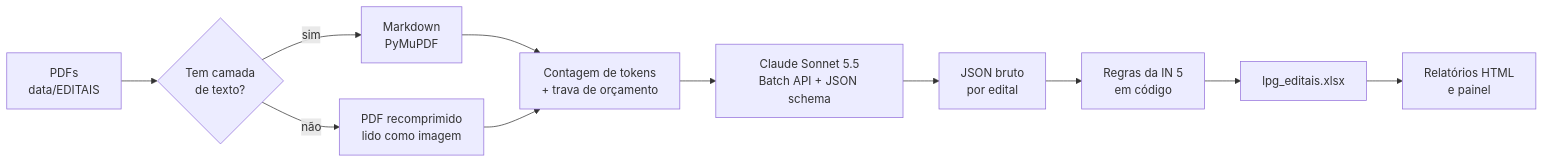
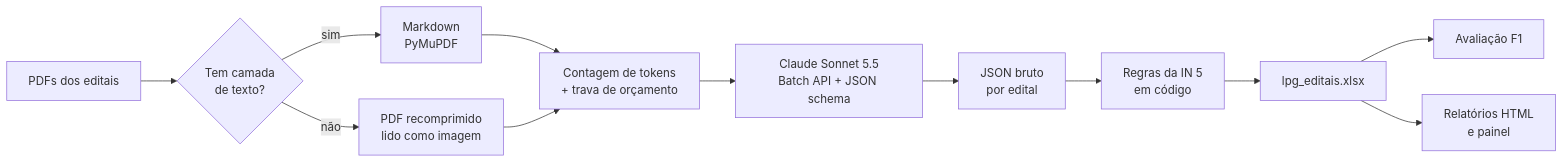
One commit to SGE-Subsecretaria-de-Gestao-Estrategica/acoes-afirmativas-lpg-editais changed the first of 4 diagrams in README.md. Above: the diagram before and after it, drawn with Mermaid. The commit also changed other lines of this file and 14 other files, not shown here.

````diff
--- a/README.md
+++ b/README.md
@@ -18,13 +65,14 @@
 ```mermaid
 flowchart LR
-    A[PDFs<br>data/EDITAIS] --> B{Tem camada<br>de texto?}
+    A[PDFs dos editais] --> B{Tem camada<br>de texto?}
     B -- sim --> C[Markdown<br>PyMuPDF]
     B -- não --> D[PDF recomprimido<br>lido como imagem]
     C --> E[Contagem de tokens<br>+ trava de orçamento]
     D --> E
     E --> F[Claude Sonnet 5.5<br>Batch API + JSON schema]
     F --> G[JSON bruto<br>por edital]
     G --> H[Regras da IN 5<br>em código]
     H --> I[lpg_editais.xlsx]
-    I --> J[Relatórios HTML<br>e painel]
+    I --> J[Avaliação F1]
+    I --> K[Relatórios HTML<br>e painel]
 ```
````
